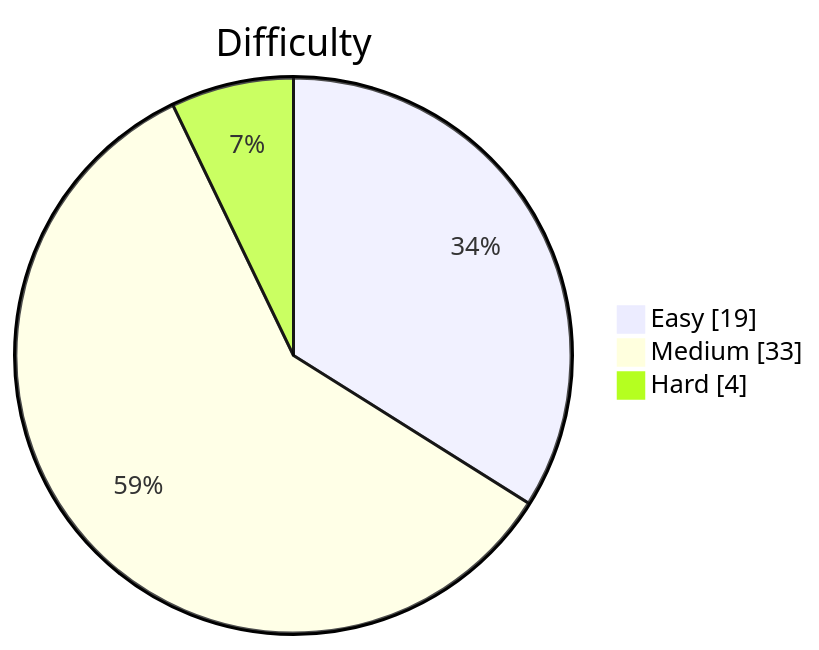
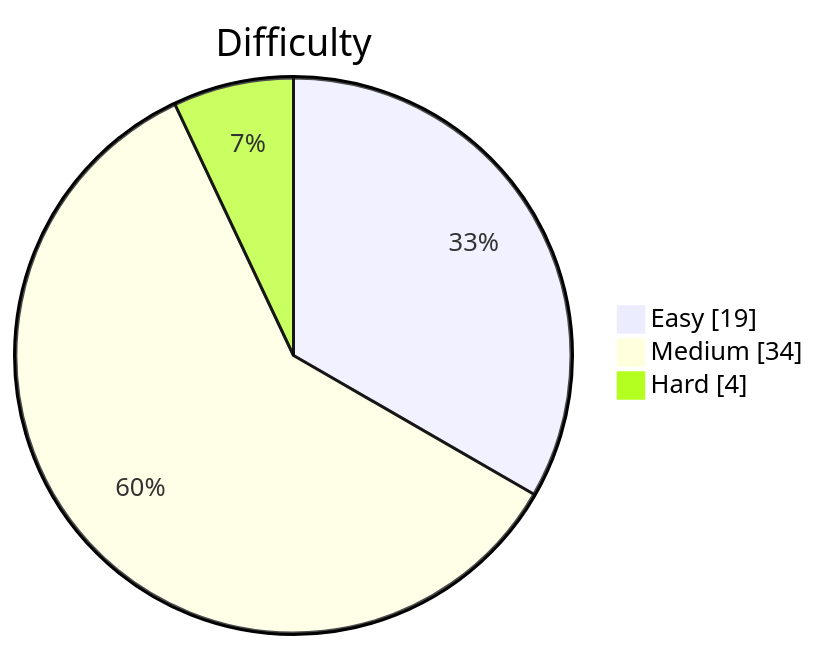
Before and after one commit to kevstevie/python-algo-practice: the diagram in README.md, drawn with Mermaid. The commit also changed other lines of this file, not shown here.

````diff
--- a/README.md
+++ b/README.md
@@ -13,7 +13,7 @@
 ```mermaid
 pie showData
     title Difficulty
     "Easy"   : 19
-    "Medium" : 33
+    "Medium" : 34
     "Hard"   : 4
 ```
````
